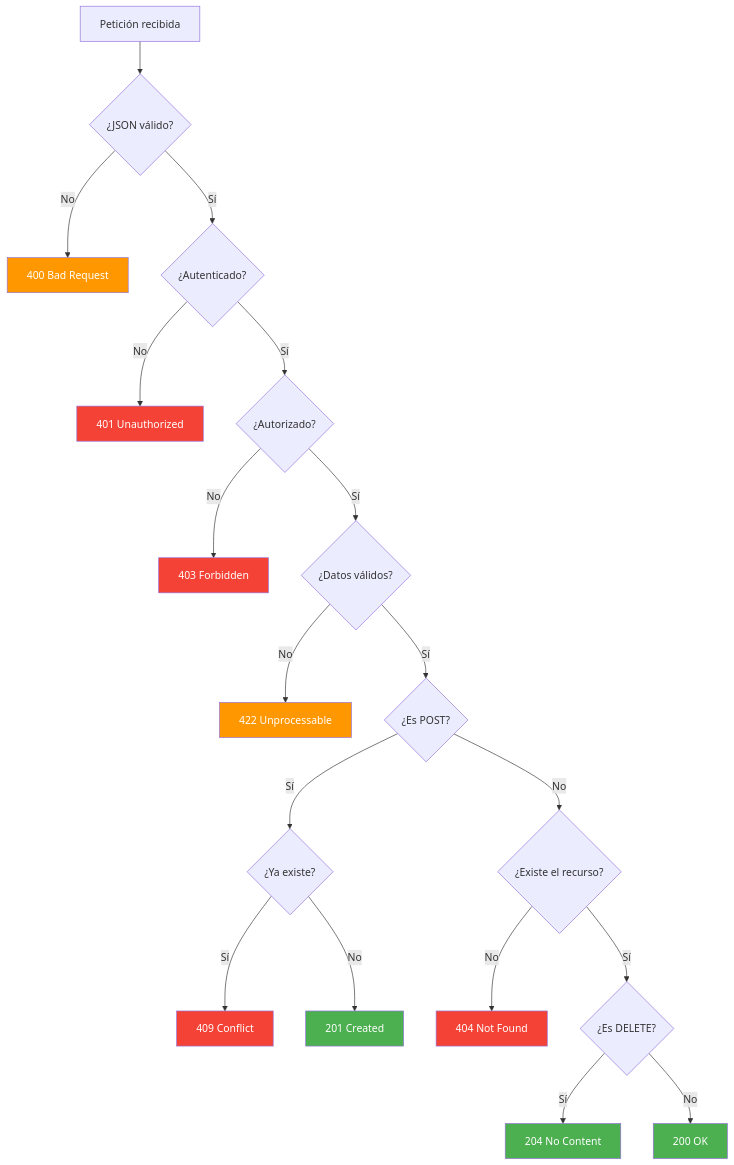
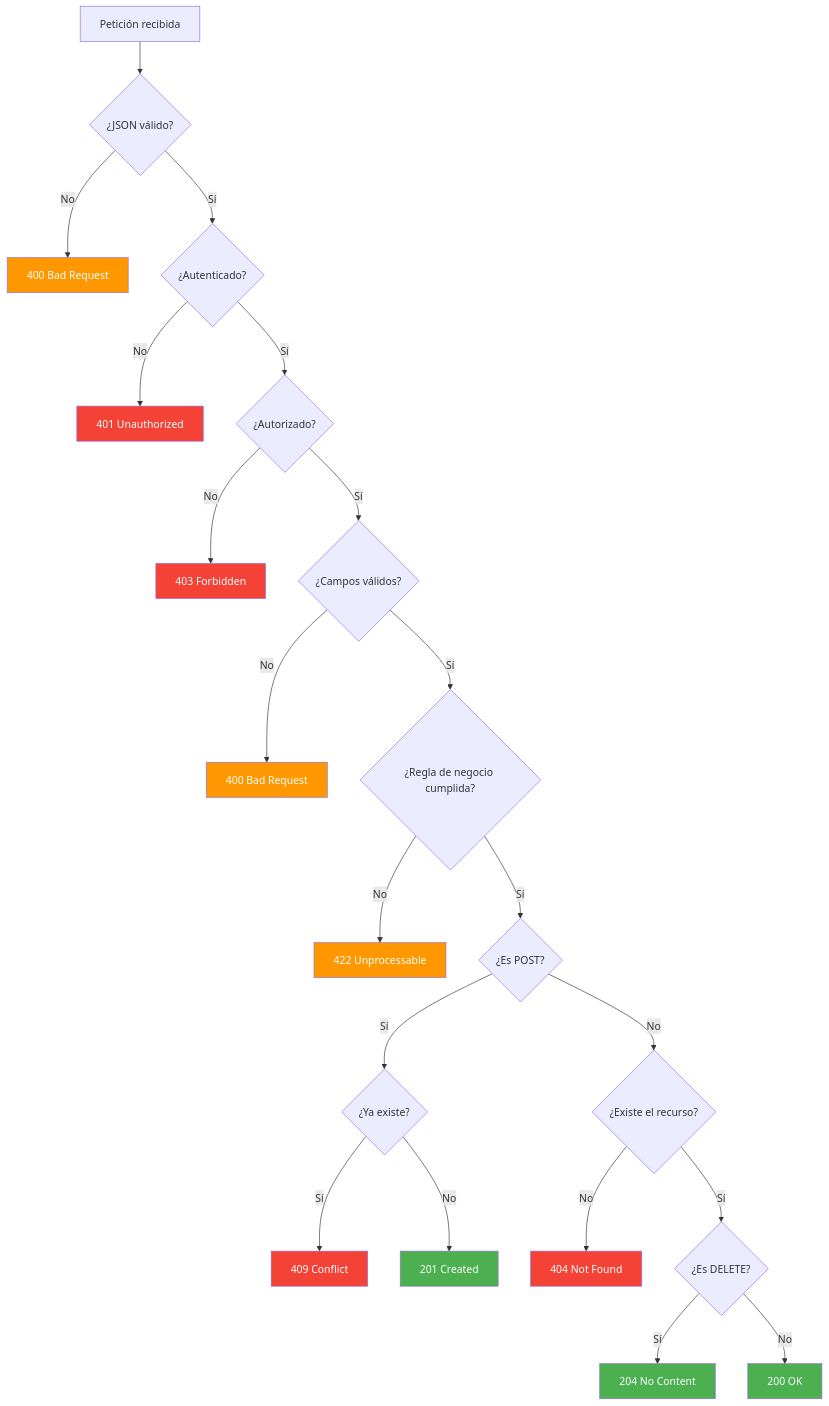
The fourth of 4 diagrams in 02-rest-api.md (joseluisgs/DesarrolloWebEntornosServidor-02-2026-2027), drawn with Mermaid before and after one commit. The commit also changed other lines of this file and 13 other files, not shown here.

````diff
--- a/02-rest-api.md
+++ b/02-rest-api.md
@@ -356,29 +356,32 @@
 ```mermaid
 flowchart TD
     A["Petición recibida"] --> B{"¿JSON válido?"}
     B -->|No| C["400 Bad Request"]
     B -->|Sí| D{"¿Autenticado?"}
     D -->|No| E["401 Unauthorized"]
     D -->|Sí| F{"¿Autorizado?"}
     F -->|No| G["403 Forbidden"]
-    F -->|Sí| H{"¿Datos válidos?"}
-    H -->|No| I["422 Unprocessable"]
-    H -->|Sí| J{"¿Es POST?"}
+    F -->|Sí| H{"¿Campos válidos?"}
+    H -->|No| I["400 Bad Request"]
+    H -->|Sí| H2{"¿Regla de negocio cumplida?"}
+    H2 -->|No| I2["422 Unprocessable"]
+    H2 -->|Sí| J{"¿Es POST?"}
     J -->|Sí| K{"¿Ya existe?"}
     K -->|Sí| L["409 Conflict"]
     K -->|No| M["201 Created"]
     J -->|No| N{"¿Existe el recurso?"}
     N -->|No| O["404 Not Found"]
     N -->|Sí| P{"¿Es DELETE?"}
     P -->|Sí| Q["204 No Content"]
     P -->|No| R["200 OK"]
     style C fill:#FF9800,color:#fff
     style E fill:#f44336,color:#fff
     style G fill:#f44336,color:#fff
     style I fill:#FF9800,color:#fff
+    style I2 fill:#FF9800,color:#fff
     style L fill:#f44336,color:#fff
     style M fill:#4CAF50,color:#fff
     style O fill:#f44336,color:#fff
     style Q fill:#4CAF50,color:#fff
     style R fill:#4CAF50,color:#fff
 ```
````
